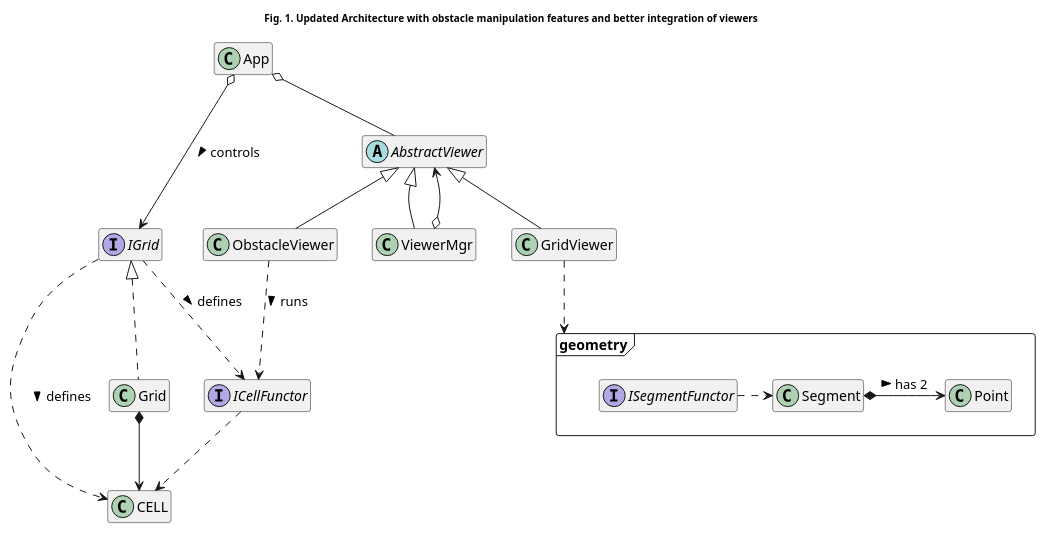
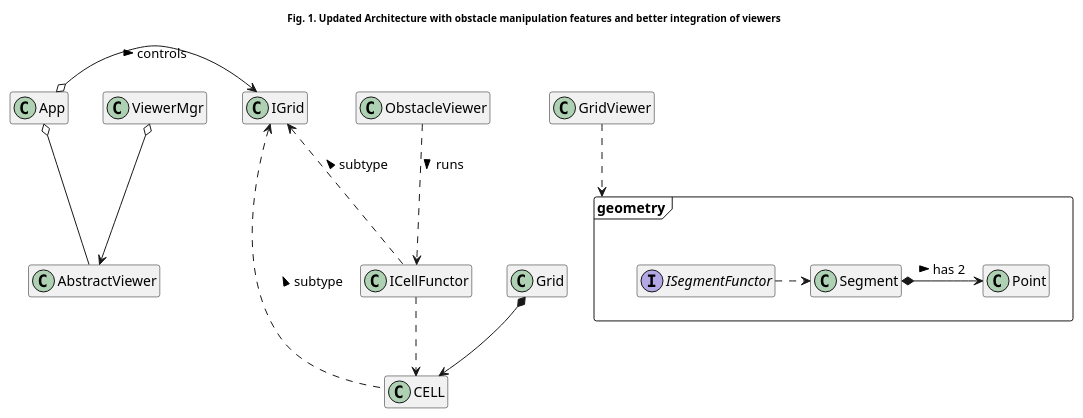
One commit to kanmeugne/kanmeugne.github.io changed the first of 4 diagrams in _posts/modsim/2020-10-04-2d-grid-obstacles.md. Above: the diagram before and after it, drawn with PlantUML. The commit also changed other lines of this file and 2 other files, not shown here.

Commit message:
change style for variable

```diff
--- a/_posts/modsim/2020-10-04-2d-grid-obstacles.md
+++ b/_posts/modsim/2020-10-04-2d-grid-obstacles.md
@@ -19,31 +19,22 @@
 {% plantuml %}
 @startuml
 title: <size:10>Fig. 1. Updated Architecture with obstacle manipulation features and better integration of viewers</size>
 package geometry <<Frame>>
 {
     class Point 
     class Segment 
     interface ISegmentFunctor 
 }
-interface ICellFunctor 
-abstract class AbstractViewer 
-class App 
-class CELL 
-class GridViewer extends AbstractViewer 
-class ViewerMgr extends AbstractViewer
-class ObstacleViewer extends AbstractViewer 
-interface IGrid 
-class Grid implements IGrid 
-IGrid ..> CELL : defines >
+IGrid <.. CELL : subtype <
 Grid *--> CELL 
 App o-> IGrid : controls >
 App o-- AbstractViewer
 ViewerMgr o--> AbstractViewer
 Segment *-> Point : has 2 >
 ISegmentFunctor .> Segment
 GridViewer ..> geometry
-IGrid ..> ICellFunctor : defines >
+IGrid <.. ICellFunctor : subtype <
 ICellFunctor ..> CELL
 ObstacleViewer ..> ICellFunctor : runs >
 hide members
 {% endplantuml %}
```
